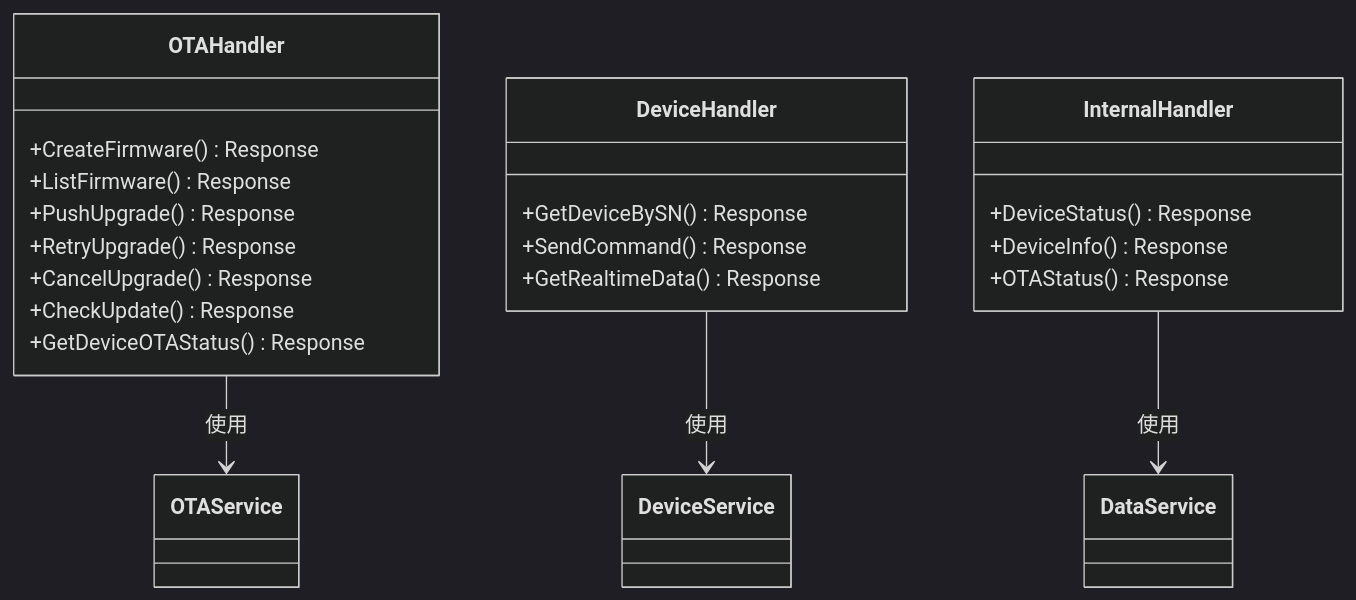
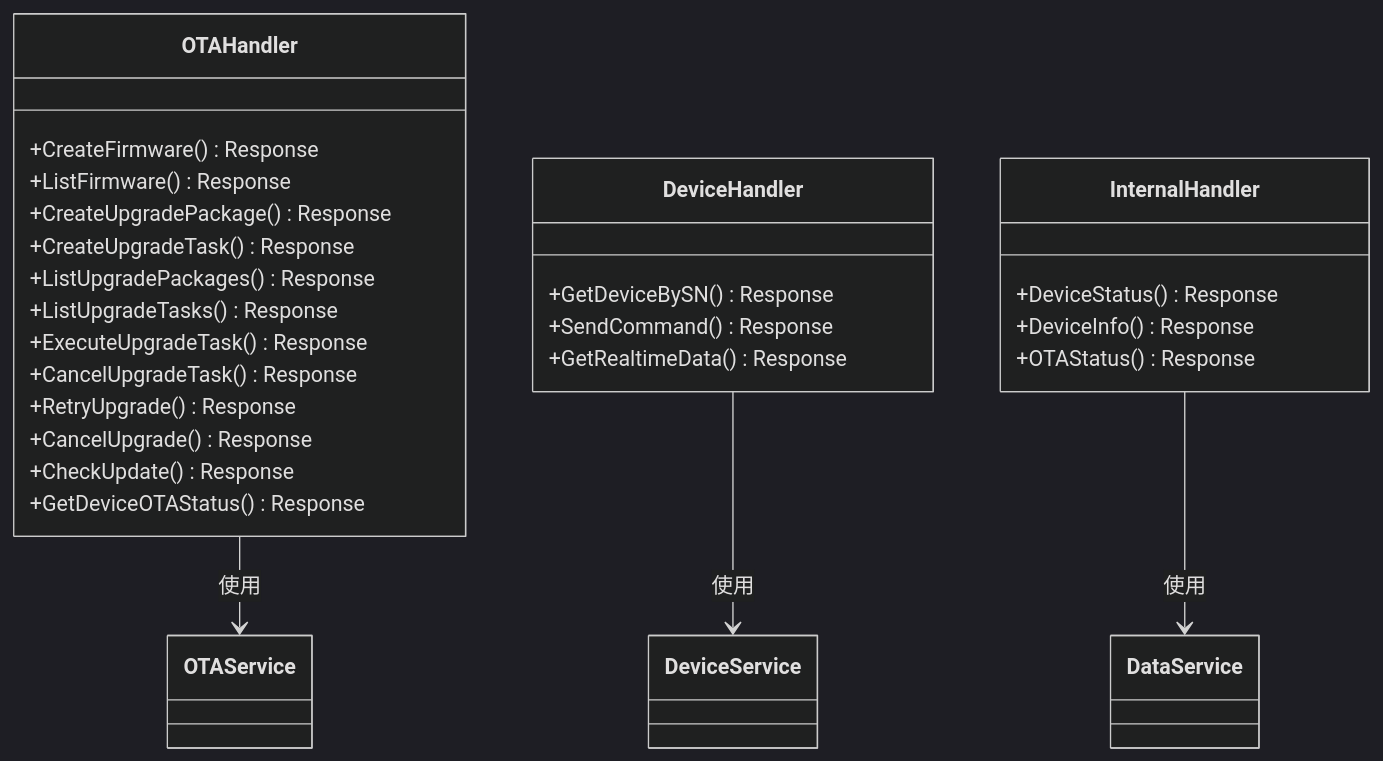
Before and after one commit to mcmrzy/cs_inv_monitor-develop: the seventh of 11 diagrams in .qoder/repowiki/zh/content/OTA升级系统/OTA升级系统.md, drawn with Mermaid (dark theme). The commit also changed other lines of this file and 128 other files, not shown here.

````diff
--- a/.qoder/repowiki/zh/content/OTA升级系统/OTA升级系统.md
+++ b/.qoder/repowiki/zh/content/OTA升级系统/OTA升级系统.md
@@ -280,25 +326,30 @@
 ```mermaid
 classDiagram
 class OTAHandler {
 +CreateFirmware() Response
 +ListFirmware() Response
-+PushUpgrade() Response
++CreateUpgradePackage() Response
++CreateUpgradeTask() Response
++ListUpgradePackages() Response
++ListUpgradeTasks() Response
++ExecuteUpgradeTask() Response
++CancelUpgradeTask() Response
 +RetryUpgrade() Response
 +CancelUpgrade() Response
 +CheckUpdate() Response
 +GetDeviceOTAStatus() Response
 }
 class DeviceHandler {
 +GetDeviceBySN() Response
 +SendCommand() Response
 +GetRealtimeData() Response
 }
 class InternalHandler {
 +DeviceStatus() Response
 +DeviceInfo() Response
 +OTAStatus() Response
 }
 OTAHandler --> OTAService : 使用
 DeviceHandler --> DeviceService : 使用
 InternalHandler --> DataService : 使用
 ```
````
